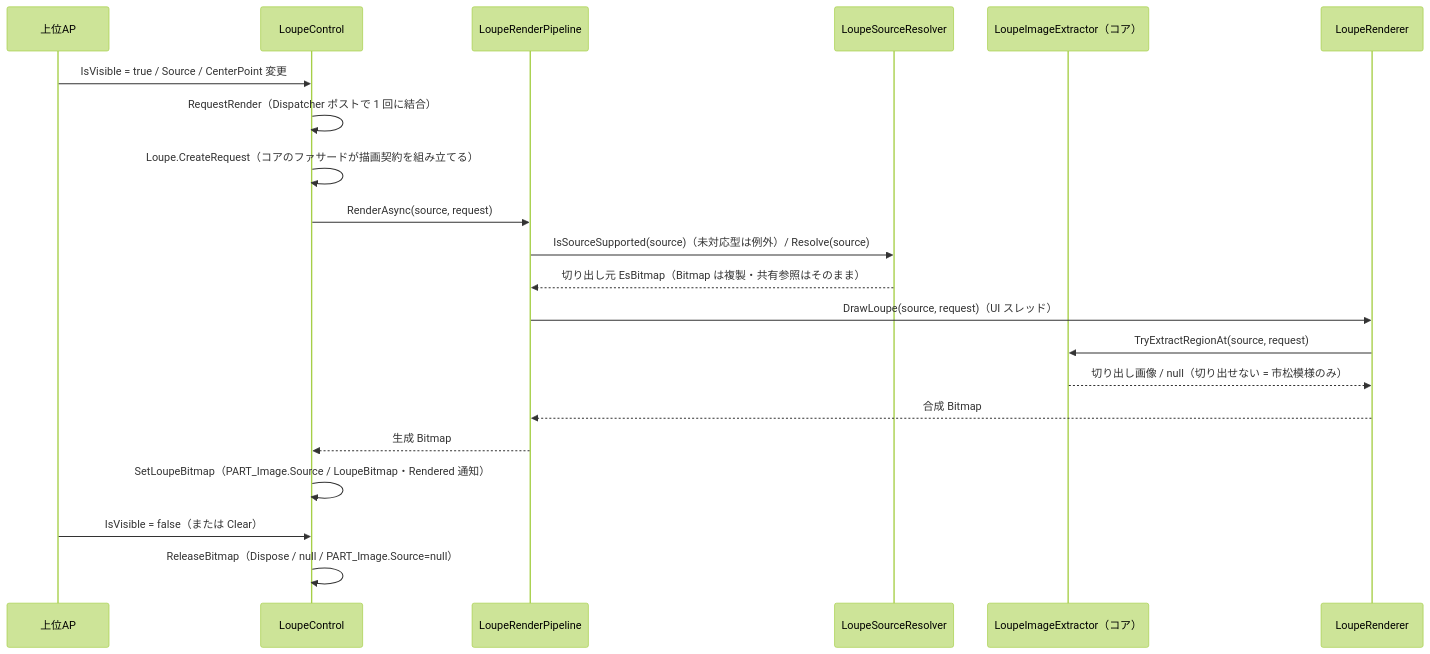
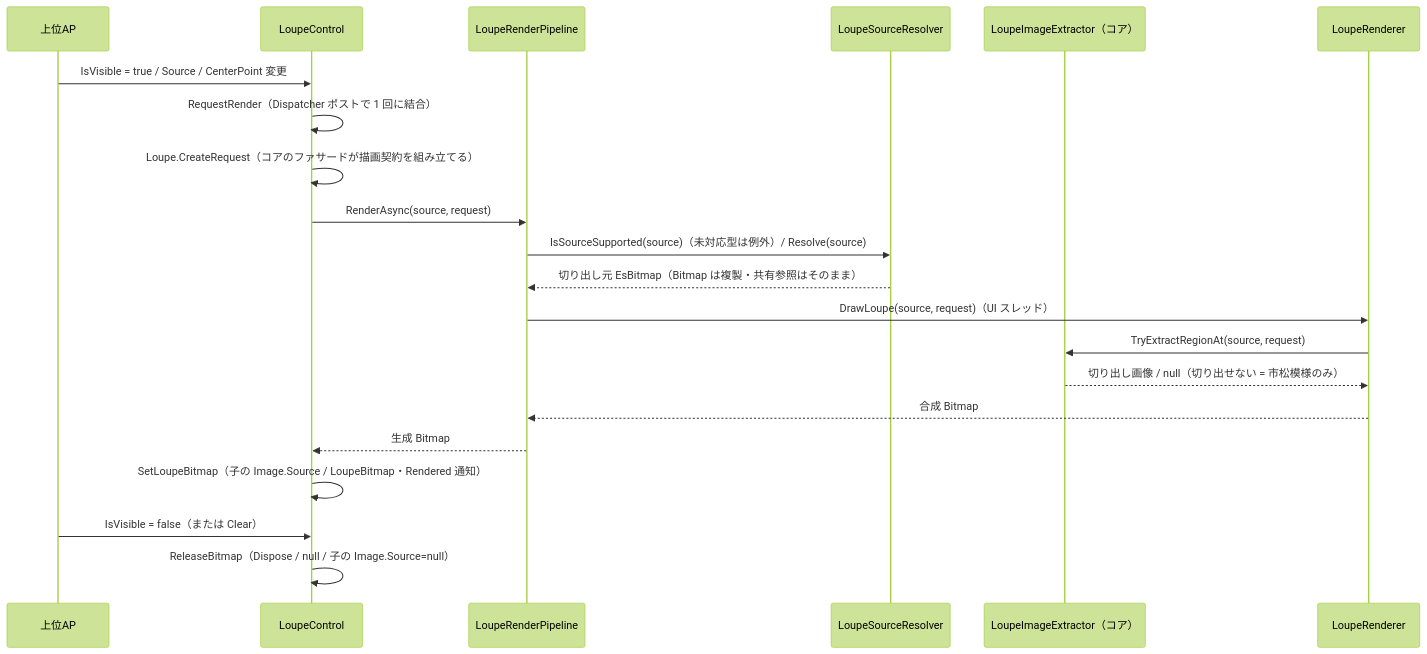
The second of 2 diagrams in src/LoupeControl.AvaloniaUI/SPEC_System.md (tomokuni/SaveEvidence), drawn with Mermaid (forest theme) before and after one commit. The commit also changed other lines of this file and 89 other files, not shown here.

````diff
--- a/src/LoupeControl.AvaloniaUI/SPEC_System.md
+++ b/src/LoupeControl.AvaloniaUI/SPEC_System.md
@@ -249,25 +249,25 @@
 ```mermaid
 sequenceDiagram
     participant AP as 上位AP
     participant Ctl as LoupeControl
     participant Pl as LoupeRenderPipeline
     participant Sr as LoupeSourceResolver
     participant Ext as LoupeImageExtractor（コア）
     participant Rdr as LoupeRenderer
 
     AP->>Ctl: IsVisible = true / Source / CenterPoint 変更
     Ctl->>Ctl: RequestRender（Dispatcher ポストで 1 回に結合）
     Ctl->>Ctl: Loupe.CreateRequest（コアのファサードが描画契約を組み立てる）
     Ctl->>Pl: RenderAsync(source, request)
     Pl->>Sr: IsSourceSupported(source)（未対応型は例外）/ Resolve(source)
     Sr-->>Pl: 切り出し元 EsBitmap（Bitmap は複製・共有参照はそのまま）
     Pl->>Rdr: DrawLoupe(source, request)（UI スレッド）
     Rdr->>Ext: TryExtractRegionAt(source, request)
     Ext-->>Rdr: 切り出し画像 / null（切り出せない = 市松模様のみ）
     Rdr-->>Pl: 合成 Bitmap
     Pl-->>Ctl: 生成 Bitmap
-    Ctl->>Ctl: SetLoupeBitmap（PART_Image.Source / LoupeBitmap・Rendered 通知）
+    Ctl->>Ctl: SetLoupeBitmap（子の Image.Source / LoupeBitmap・Rendered 通知）
 
     AP->>Ctl: IsVisible = false（または Clear）
-    Ctl->>Ctl: ReleaseBitmap（Dispose / null / PART_Image.Source=null）
+    Ctl->>Ctl: ReleaseBitmap（Dispose / null / 子の Image.Source=null）
 ```
````
